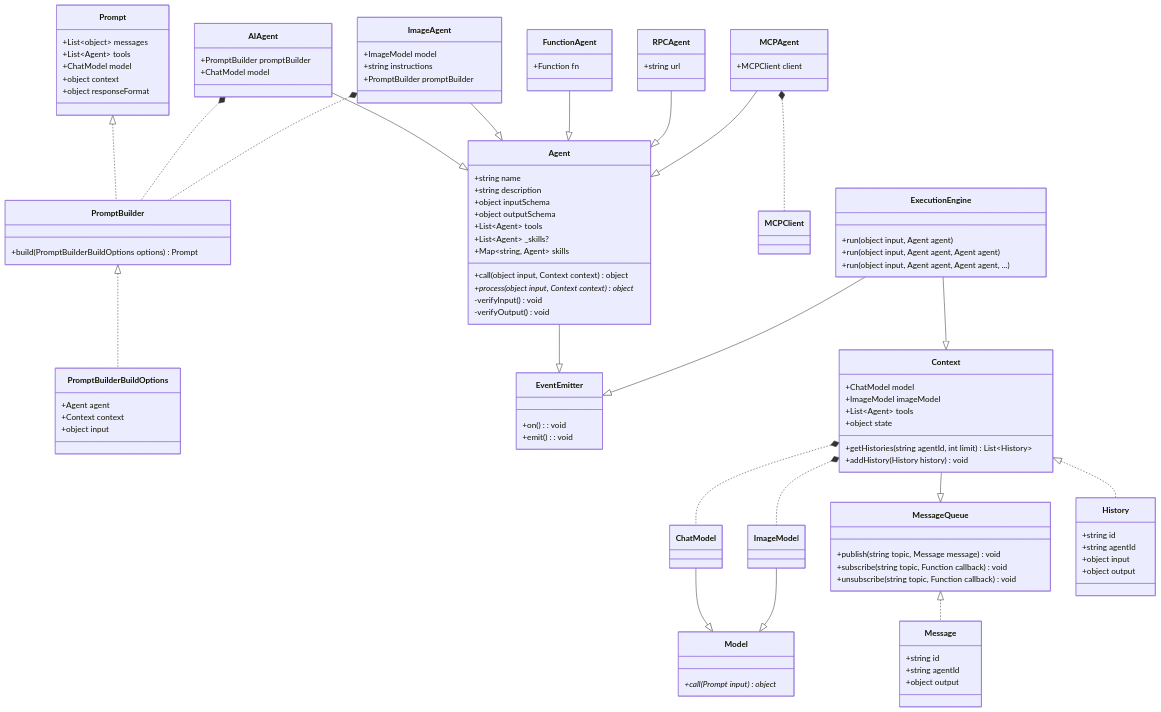
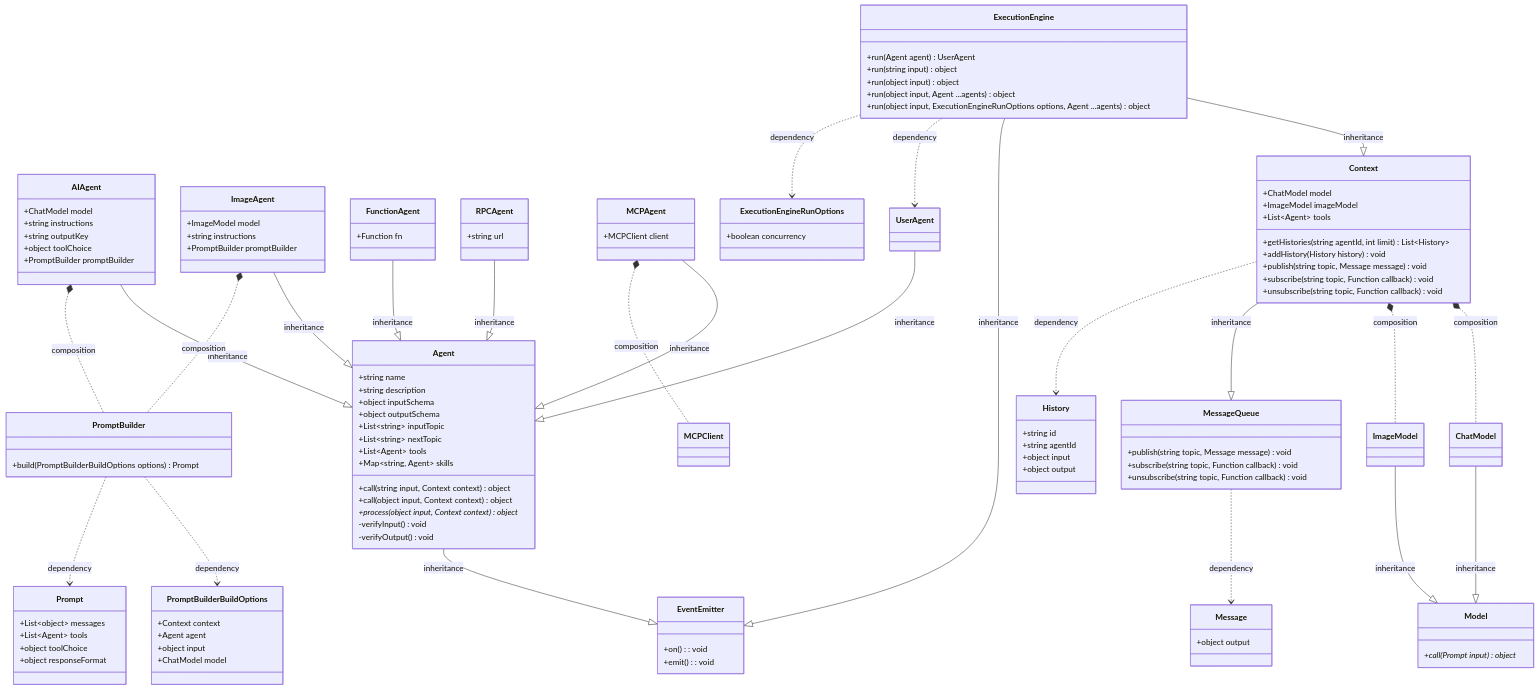
Before and after one commit to AIGNE-io/aigne-framework: the diagram in packages/core/ClassDiagram.mmd, drawn with Mermaid. The commit also changed 3 other files, not shown here.

```diff
--- a/packages/core/ClassDiagram.mmd
+++ b/packages/core/ClassDiagram.mmd
@@ -1,130 +1,147 @@
 classDiagram
     class PromptBuilderBuildOptions {
+        +Context context
         +Agent agent
-        +Context context
         +object input
+        +ChatModel model
     }
 
-    PromptBuilder <|.. PromptBuilderBuildOptions
-    class PromptBuilder {
-        +build(PromptBuilderBuildOptions options) Prompt
-    }
-
-    Prompt <|.. PromptBuilder
     class Prompt {
         +List~object~ messages
         +List~Agent~ tools
-        +ChatModel model
-        +object context
+        +object toolChoice
         +object responseFormat
+    }
+
+    PromptBuilder ..> PromptBuilderBuildOptions: dependency
+    PromptBuilder ..> Prompt: dependency
+    class PromptBuilder {
+        +build(PromptBuilderBuildOptions options) Prompt
     }
 
     class Model {
         +call(Prompt input) object*
     }
 
-    ChatModel --|> Model
+    ChatModel --|> Model: inheritance
     class ChatModel {
     }
 
-    ImageModel --|> Model
+    ImageModel --|> Model: inheritance
     class ImageModel {
     }
 
-    Agent --|> EventEmitter
+    Agent --|> EventEmitter: inheritance
     class Agent {
         +string name
         +string description
         +object inputSchema
         +object outputSchema
+        +List~string~ inputTopic
+        +List~string~ nextTopic
         +List~Agent~ tools
-        +List~Agent~ _skills?
         +Map~string, Agent~ skills
 
+        +call(string input, Context context) object
         +call(object input, Context context) object
 
         +process(object input, Context context) object*
         -verifyInput() void
         -verifyOutput() void
     }
 
-    AIAgent --|> Agent
-    AIAgent *.. PromptBuilder
+    AIAgent --|> Agent: inheritance
+    AIAgent *.. PromptBuilder: composition
     class AIAgent {
+        +ChatModel model
+        +string instructions
+        +string outputKey
+        +object toolChoice
         +PromptBuilder promptBuilder
-        +ChatModel model
     }
 
-    ImageAgent --|> Agent
-    ImageAgent *.. PromptBuilder
+    ImageAgent --|> Agent: inheritance
+    ImageAgent *.. PromptBuilder: composition
     class ImageAgent {
         +ImageModel model
         +string instructions
         +PromptBuilder promptBuilder
     }
 
-    FunctionAgent --|> Agent
+    FunctionAgent --|> Agent: inheritance
     class FunctionAgent {
         +Function fn
     }
 
-    RPCAgent --|> Agent
+    RPCAgent --|> Agent: inheritance
     class RPCAgent {
         +string url
     }
 
-    MCPAgent --|> Agent
-    MCPAgent *.. MCPClient
+    MCPAgent --|> Agent: inheritance
+    MCPAgent *.. MCPClient: composition
     class MCPAgent {
         +MCPClient client
     }
 
     class MCPClient {
     }
 
     class Message {
-        +string id
-        +string agentId
         +object output
     }
 
-    MessageQueue <|.. Message
+    MessageQueue ..> Message: dependency
     class MessageQueue {
         +publish(string topic, Message message) void
         +subscribe(string topic, Function callback) void
         +unsubscribe(string topic, Function callback) void
     }
 
     class History {
         +string id
         +string agentId
         +object input
         +object output
     }
 
-    Context *.. ChatModel
-    Context *.. ImageModel
-    Context --|> MessageQueue
-    Context <|.. History
+    Context *.. ChatModel: composition
+    Context *.. ImageModel: composition
+    Context --|> MessageQueue: inheritance
+    Context ..> History: dependency
     class Context {
         +ChatModel model
         +ImageModel imageModel
         +List~Agent~ tools
-        +object state
 
         +getHistories(string agentId, int limit) List~History~
         +addHistory(History history) void
+        +publish(string topic, Message message) void
+        +subscribe(string topic, Function callback) void
+        +unsubscribe(string topic, Function callback) void
     }
 
     class EventEmitter {
         +on(): void
         +emit(): void
     }
 
-    ExecutionEngine --|> Context
-    ExecutionEngine --|> EventEmitter
+    UserAgent --|> Agent: inheritance
+    class UserAgent {
+    }
+
+    class ExecutionEngineRunOptions {
+        +boolean concurrency
+    }
+
+    ExecutionEngine --|> Context: inheritance
+    ExecutionEngine --|> EventEmitter: inheritance
+    ExecutionEngine ..> UserAgent: dependency
+    ExecutionEngine ..> ExecutionEngineRunOptions: dependency
     class ExecutionEngine {
-        +run(object input, Agent agent)
-        +run(object input, Agent agent, Agent agent)
-        +run(object input, Agent agent, Agent agent, ...)
+        +run(Agent agent) UserAgent
+        +run(string input) object
+        +run(object input) object
+        +run(object input, Agent ...agents) object
+        +run(object input, ExecutionEngineRunOptions options, Agent ...agents) object
     }
```
